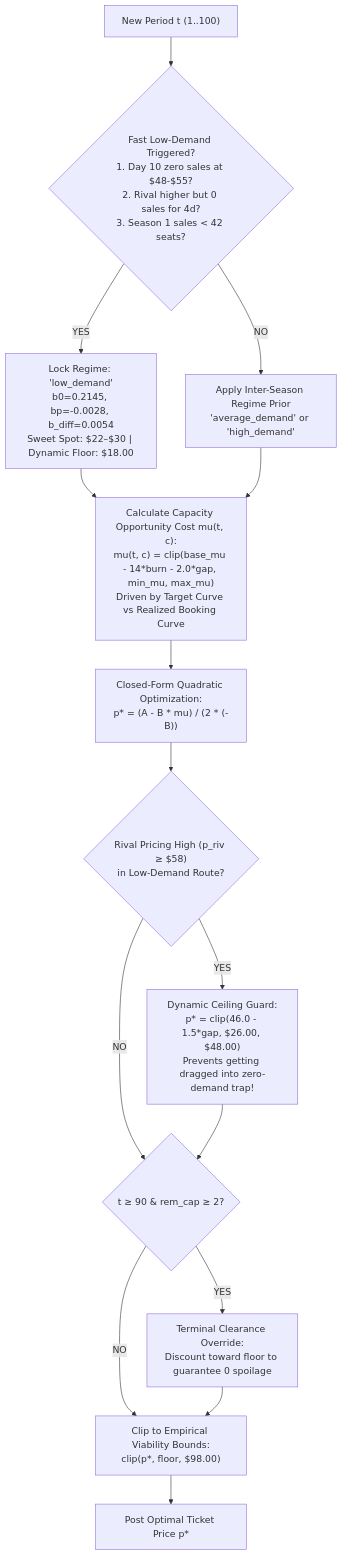
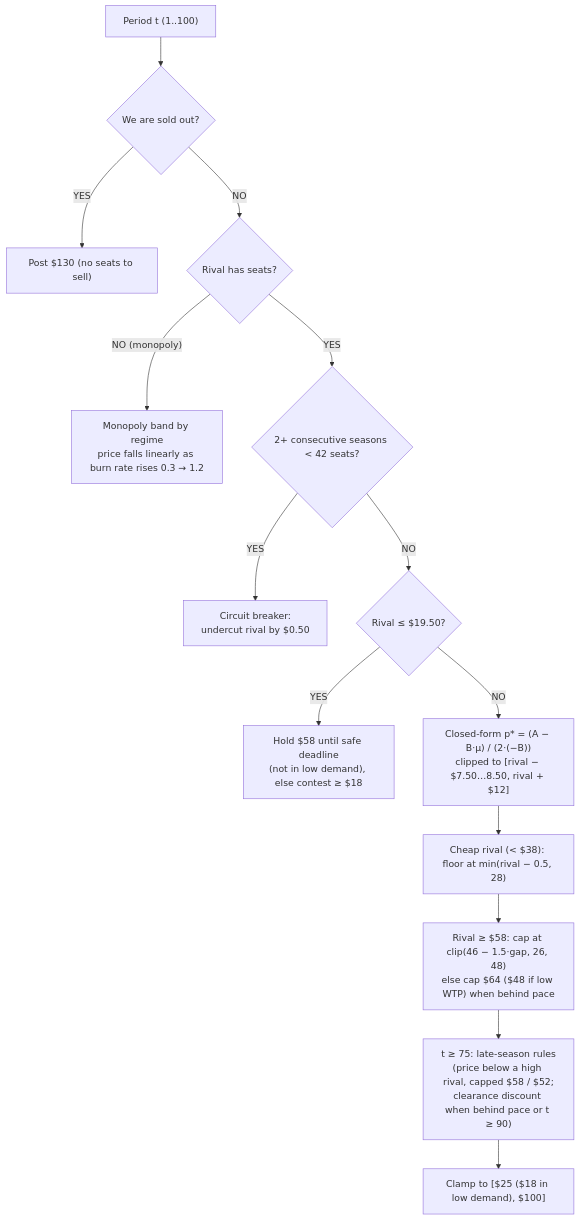
Before and after one commit to RamezCh/Learning-Optimization: the diagram in README.md, drawn with Mermaid. The commit also changed other lines of this file and 28 other files, not shown here.

````diff
--- a/README.md
+++ b/README.md
@@ -369,21 +375,16 @@
 ```mermaid
 flowchart TD
-    Start["New Period t (1..100)"] --> LowDemandCheck{"Fast Low-Demand Triggered?<br/>1. Day 10 zero sales at $48-$55?<br/>2. Rival higher but 0 sales for 4d?<br/>3. Season 1 sales < 42 seats?"}
-    
-    LowDemandCheck -- "YES" --> LockLow["Lock Regime: 'low_demand'<br/>b0=0.2145, bp=-0.0028, b_diff=0.0054<br/>Sweet Spot: $22–$30 | Dynamic Floor: $18.00"]
-    LowDemandCheck -- "NO" --> PriorRegime["Apply Inter-Season Regime Prior<br/>'average_demand' or 'high_demand'"]
-    
-    LockLow --> ShadowCost["Calculate Capacity Opportunity Cost mu(t, c):<br/>mu(t, c) = clip(base_mu - 14*burn - 2.0*gap, min_mu, max_mu)<br/>Driven by Target Curve vs Realized Booking Curve"]
-    PriorRegime --> ShadowCost
-    
-    ShadowCost --> MLROpt["Closed-Form Quadratic Optimization:<br/>p* = (A - B * mu) / (2 * (-B))"]
-    
-    MLROpt --> RivalGuard{"Rival Pricing High (p_riv ≥ $58)<br/>in Low-Demand Route?"}
-    RivalGuard -- "YES" --> DynamicCeiling["Dynamic Ceiling Guard:<br/>p* = clip(46.0 - 1.5*gap, $26.00, $48.00)<br/>Prevents getting dragged into zero-demand trap!"]
-    RivalGuard -- "NO" --> TerminalCheck{"t ≥ 90 & rem_cap ≥ 2?"}
-    
-    DynamicCeiling --> TerminalCheck
-    TerminalCheck -- "YES" --> ClearPlane["Terminal Clearance Override:<br/>Discount toward floor to guarantee 0 spoilage"]
-    TerminalCheck -- "NO" --> ClipBounds["Clip to Empirical Viability Bounds:<br/>clip(p*, floor, $98.00)"]
-    ClearPlane --> ClipBounds --> FinalPrice["Post Optimal Ticket Price p*"]
+    Start["Period t (1..100)"] --> SoldOut{"We are sold out?"}
+    SoldOut -- "YES" --> P130["Post $130 (no seats to sell)"]
+    SoldOut -- "NO" --> Rival{"Rival has seats?"}
+    Rival -- "NO (monopoly)" --> Mono["Monopoly band by regime<br/>price falls linearly as burn rate rises 0.3 → 1.2"]
+    Rival -- "YES" --> CB{"2+ consecutive seasons < 42 seats?"}
+    CB -- "YES" --> Breaker["Circuit breaker:<br/>undercut rival by $0.50"]
+    CB -- "NO" --> Deep{"Rival ≤ $19.50?"}
+    Deep -- "YES" --> Hold["Hold $58 until safe deadline<br/>(not in low demand), else contest ≥ $18"]
+    Deep -- "NO" --> MLR["Closed-form p* = (A − B·μ) / (2·(−B))<br/>clipped to [rival − $7.50…8.50, rival + $12]"]
+    MLR --> G1["Cheap rival (< $38): floor at min(rival − 0.5, 28)"]
+    G1 --> G2["Rival ≥ $58: cap at clip(46 − 1.5·gap, 26, 48)<br/>else cap $64 ($48 if low WTP) when behind pace"]
+    G2 --> G3["t ≥ 75: late-season rules<br/>(price below a high rival, capped $58 / $52;<br/>clearance discount when behind pace or t ≥ 90)"]
+    G3 --> Clamp["Clamp to [$25 ($18 in low demand), $100]"]
 ```
````
